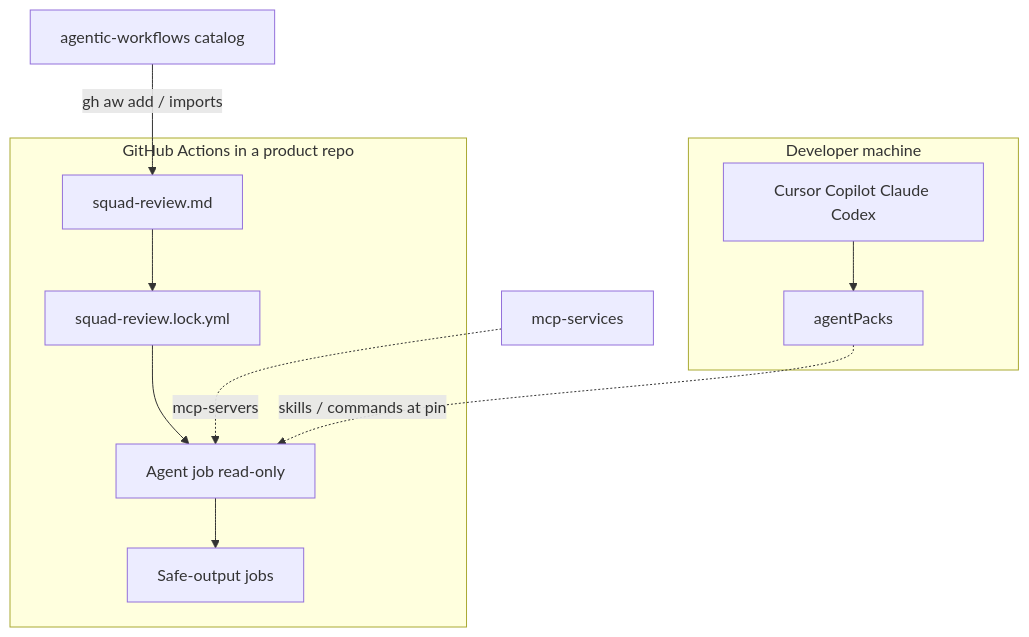
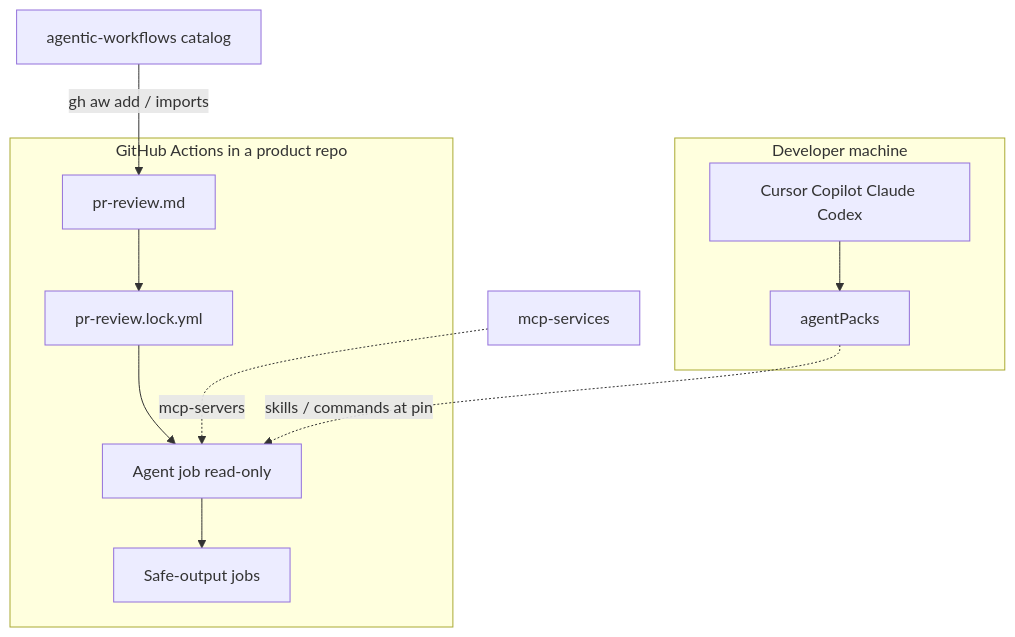
Before and after one commit to svennijhuis/agentic-workflows: the diagram in docs/explanation/how-it-works.md, drawn with Mermaid. The commit also changed other lines of this file and 58 other files, not shown here.

````diff
--- a/docs/explanation/how-it-works.md
+++ b/docs/explanation/how-it-works.md
@@ -16,20 +16,20 @@
 ```mermaid
 flowchart TB
   subgraph ide [Developer machine]
     cursor[Cursor Copilot Claude Codex]
     packs[agentPacks]
     cursor --> packs
   end
   subgraph gha [GitHub Actions in a product repo]
-    md[squad-review.md]
-    lock[squad-review.lock.yml]
+    md[pr-review.md]
+    lock[pr-review.lock.yml]
     agent[Agent job read-only]
     safe[Safe-output jobs]
     md --> lock --> agent --> safe
   end
   catalog[agentic-workflows catalog]
   mcp[mcp-services]
   catalog -->|"gh aw add / imports"| md
   packs -.->|"skills / commands at pin"| agent
   mcp -.->|"mcp-servers"| agent
 ```
````
